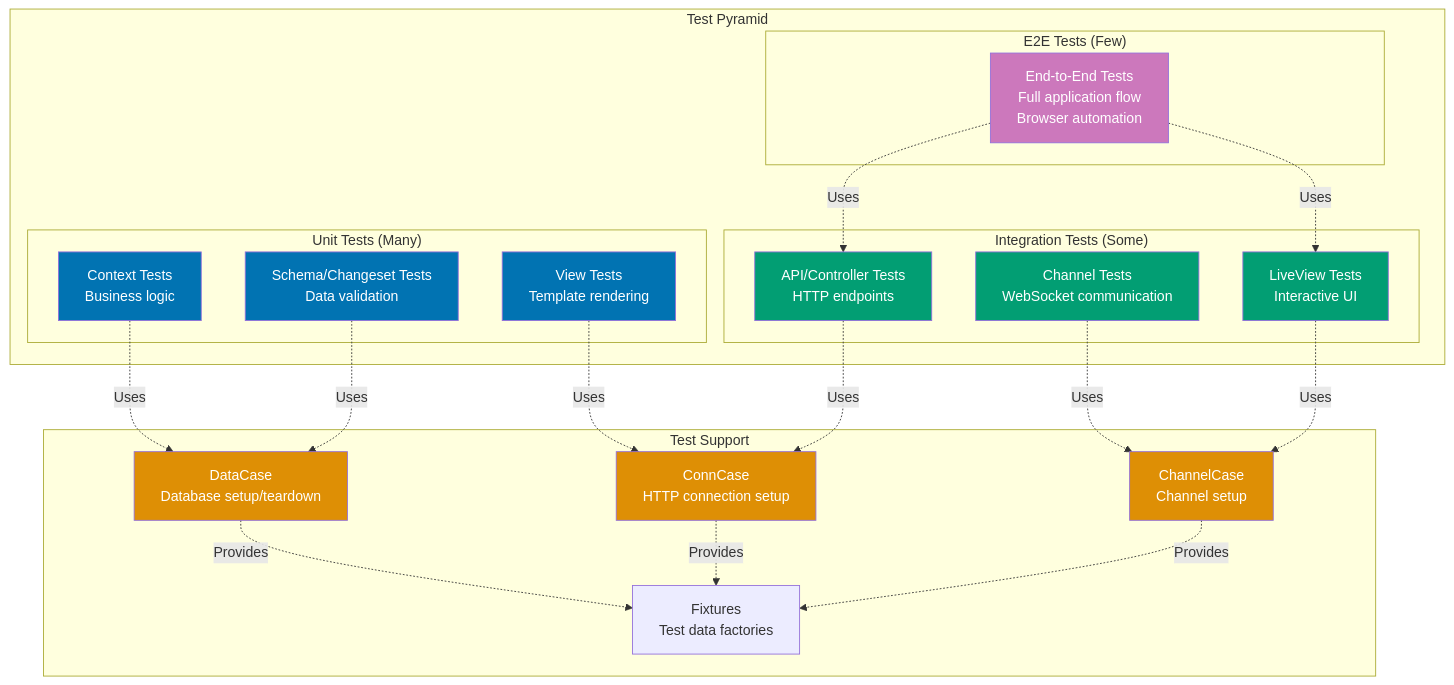
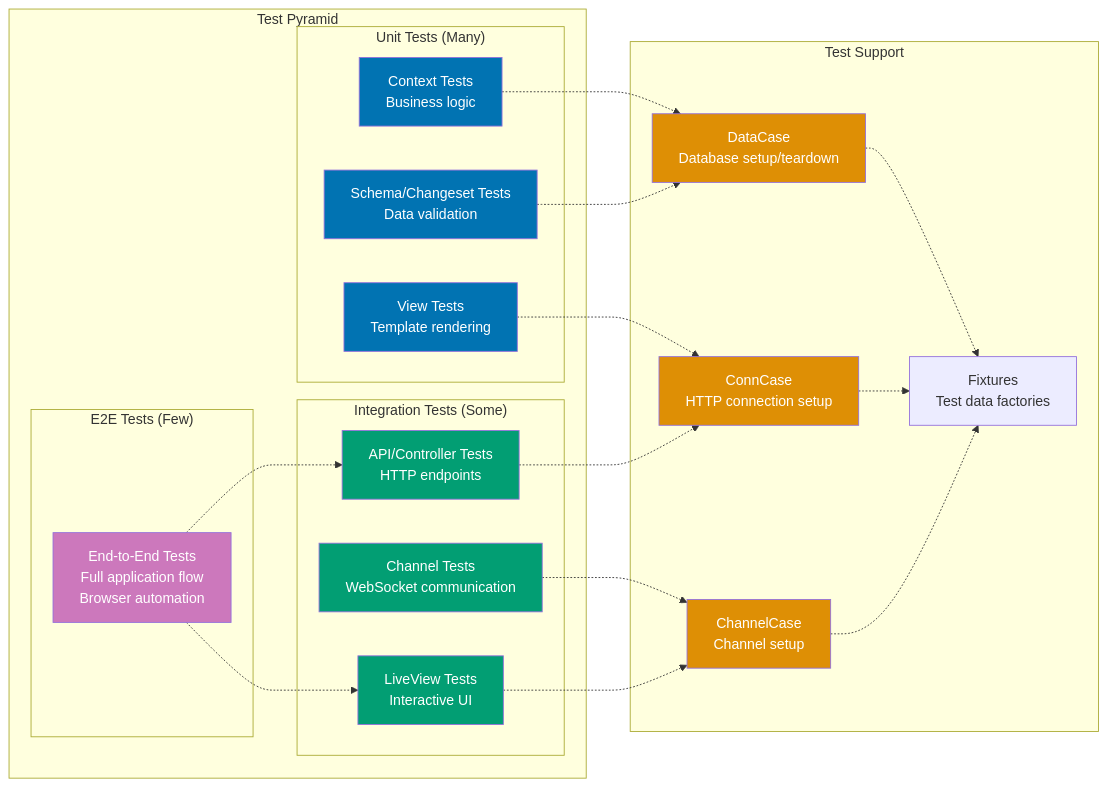
Before and after one commit to wahidyankf/open-sharia-enterprise: the diagram in docs/explanation/software-engineering/platform-web/tools/elixir-phoenix/testing.md, drawn with Mermaid. The commit also changed 16 other files, not shown here.

First line of the commit message:
fix(docs): fix mermaid violations in elixir docs

````diff
--- a/docs/explanation/software-engineering/platform-web/tools/elixir-phoenix/testing.md
+++ b/docs/explanation/software-engineering/platform-web/tools/elixir-phoenix/testing.md
@@ -49,56 +49,56 @@
 ```mermaid
 %% Color Palette: Blue #0173B2, Orange #DE8F05, Teal #029E73, Purple #CC78BC
 %% All colors are color-blind friendly and meet WCAG AA contrast standards
 
-graph TD
+graph LR
     subgraph "Test Pyramid"
         subgraph "E2E Tests #40;Few#41;"
             E2E[End-to-End Tests<br/>Full application flow<br/>Browser automation]
         end
 
         subgraph "Integration Tests #40;Some#41;"
             LV[LiveView Tests<br/>Interactive UI]
             CH[Channel Tests<br/>WebSocket communication]
             API[API/Controller Tests<br/>HTTP endpoints]
         end
 
         subgraph "Unit Tests #40;Many#41;"
             CTX[Context Tests<br/>Business logic]
             SCH[Schema/Changeset Tests<br/>Data validation]
             VIEW[View Tests<br/>Template rendering]
         end
     end
 
     subgraph "Test Support"
         DC[DataCase<br/>Database setup/teardown]
         CC[ConnCase<br/>HTTP connection setup]
         LC[ChannelCase<br/>Channel setup]
         FIX[Fixtures<br/>Test data factories]
     end
 
-    E2E -.Uses.-> LV
-    E2E -.Uses.-> API
+    E2E -.-> LV
+    E2E -.-> API
 
-    LV -.Uses.-> LC
-    CH -.Uses.-> LC
-    API -.Uses.-> CC
+    LV -.-> LC
+    CH -.-> LC
+    API -.-> CC
 
-    CTX -.Uses.-> DC
-    SCH -.Uses.-> DC
-    VIEW -.Uses.-> CC
+    CTX -.-> DC
+    SCH -.-> DC
+    VIEW -.-> CC
 
-    DC -.Provides.-> FIX
-    CC -.Provides.-> FIX
-    LC -.Provides.-> FIX
+    DC -.-> FIX
+    CC -.-> FIX
+    LC -.-> FIX
 
     style E2E fill:#CC78BC,color:#fff
     style LV fill:#029E73,color:#fff
     style CH fill:#029E73,color:#fff
     style API fill:#029E73,color:#fff
     style CTX fill:#0173B2,color:#fff
     style SCH fill:#0173B2,color:#fff
     style VIEW fill:#0173B2,color:#fff
     style DC fill:#DE8F05,color:#fff
     style CC fill:#DE8F05,color:#fff
     style LC fill:#DE8F05,color:#fff
 ```
````
